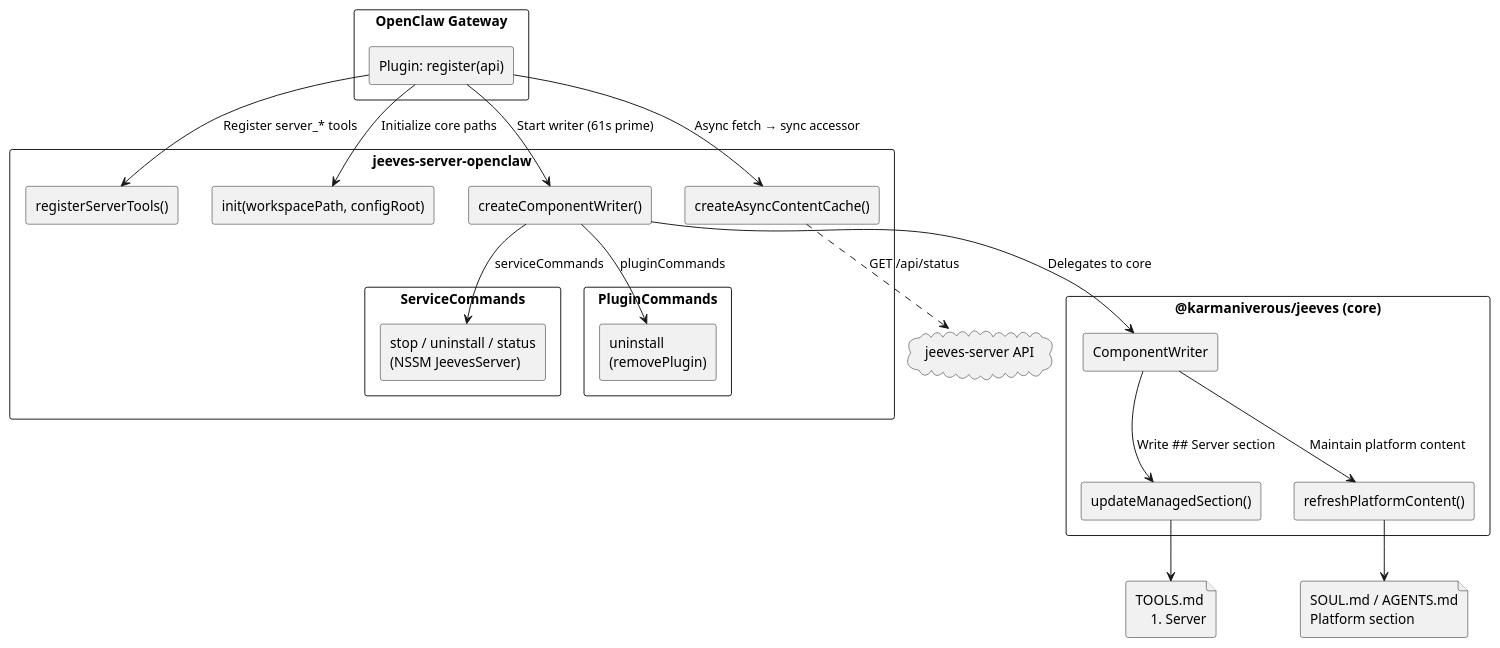
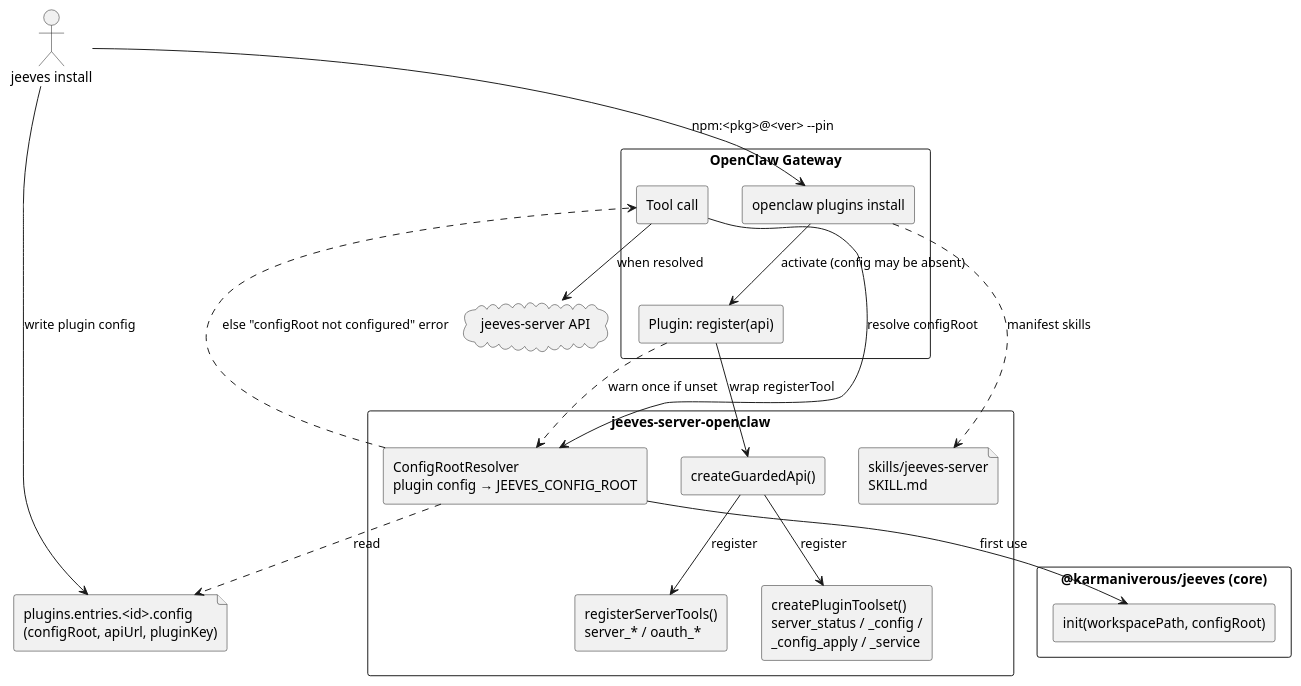
One commit to karmaniverous/jeeves-server changed the diagram in diagrams/src/openclaw-plugin-architecture.puml. Above: the diagram before and after it, drawn with PlantUML. The commit also changed 24 other files, not shown here.

First line of the commit message:
[261] feat(openclaw)!: standard OpenClaw plugin on jeeves core 0.6.0 with lazy configRoot

```diff
--- a/diagrams/src/openclaw-plugin-architecture.puml
+++ b/diagrams/src/openclaw-plugin-architecture.puml
@@ -1,53 +1,47 @@
 @startuml openclaw-plugin-architecture
 skinparam backgroundColor white
 skinparam shadowing false
 skinparam defaultFontName "Segoe UI"
 skinparam componentStyle rectangle
 skinparam packageStyle rectangle
 
+actor "jeeves install" as installer
+
 package "OpenClaw Gateway" {
+  [openclaw plugins install] as ocinstall
   [Plugin: register(api)] as register
+  [Tool call] as call
 }
 
 package "jeeves-server-openclaw" {
-  [registerServerTools()] as tools
-  [init(workspacePath, configRoot)] as init
-  [createAsyncContentCache()] as cache
-  [createComponentWriter()] as writer
-
-  package "ServiceCommands" {
-    [stop / uninstall / status\n(NSSM JeevesServer)] as svc
-  }
-
-  package "PluginCommands" {
-    [uninstall\n(removePlugin)] as plg
-  }
+  [createGuardedApi()] as guard
+  [createPluginToolset()\nserver_status / _config /\n_config_apply / _service] as toolset
+  [registerServerTools()\nserver_* / oauth_*] as tools
+  [ConfigRootResolver\nplugin config → JEEVES_CONFIG_ROOT] as resolver
+  file "skills/jeeves-server\nSKILL.md" as skill
 }
 
 package "@karmaniverous/jeeves (core)" {
-  [ComponentWriter] as cw
-  [updateManagedSection()] as ums
-  [refreshPlatformContent()] as rpc
+  [init(workspacePath, configRoot)] as init
 }
 
 cloud "jeeves-server API" as api
+file "plugins.entries.<id>.config\n(configRoot, apiUrl, pluginKey)" as cfg
 
-file "TOOLS.md\n## Server" as tools_md
-file "SOUL.md / AGENTS.md\nPlatform section" as platform_md
+installer --> ocinstall : npm:<pkg>@<ver> --pin
+installer --> cfg : write plugin config
+ocinstall --> register : activate (config may be absent)
+ocinstall ..> skill : manifest skills
 
-register --> tools : Register server_* tools
-register --> init : Initialize core paths
-register --> cache : Async fetch → sync accessor
-register --> writer : Start writer (61s prime)
+register --> guard : wrap registerTool
+guard --> toolset : register
+guard --> tools : register
+register ..> resolver : warn once if unset
 
-cache ..> api : GET /api/status
-writer --> cw : Delegates to core
-cw --> ums : Write ## Server section
-cw --> rpc : Maintain platform content
-ums --> tools_md
-rpc --> platform_md
-
-writer --> svc : serviceCommands
-writer --> plg : pluginCommands
+call --> resolver : resolve configRoot
+resolver ..> cfg : read
+resolver --> init : first use
+call --> api : when resolved
+resolver ..> call : else "configRoot not configured" error
 
 @enduml
```
